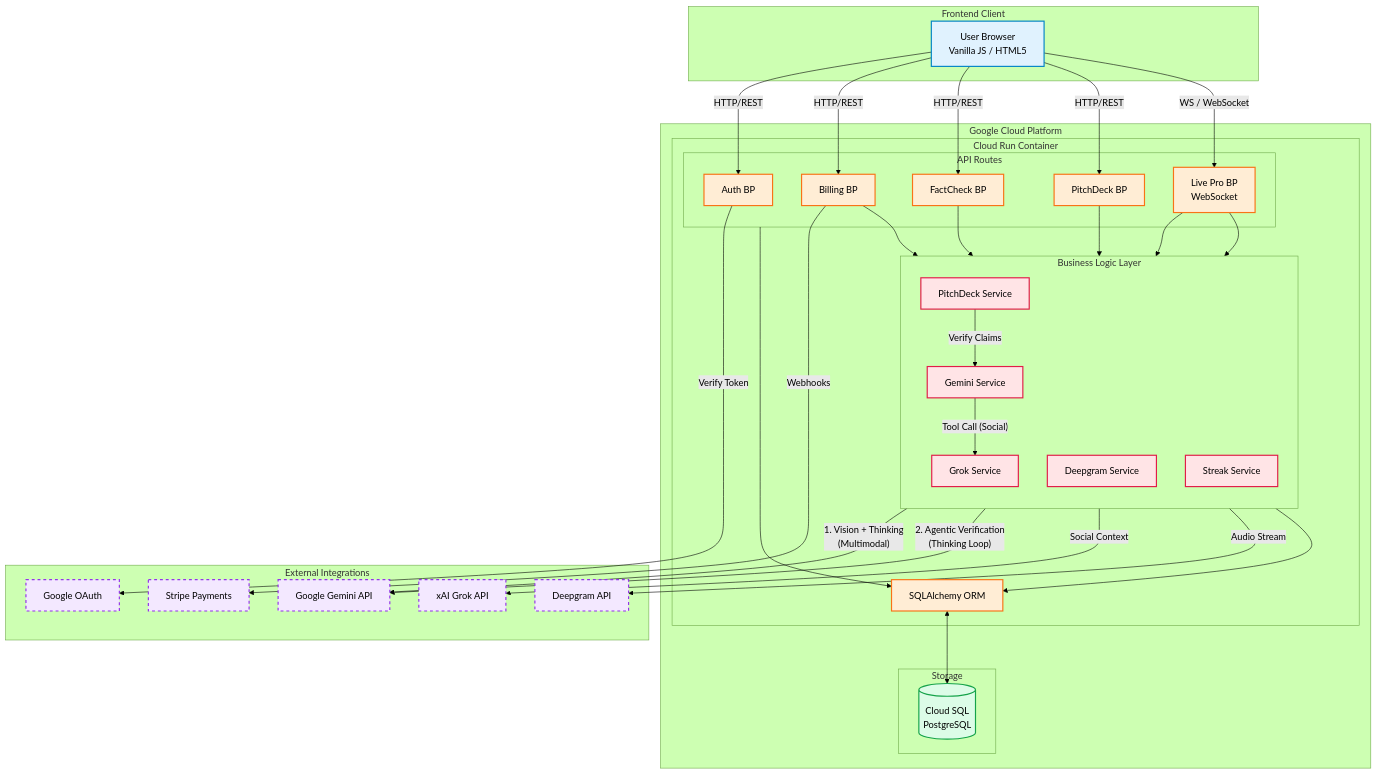
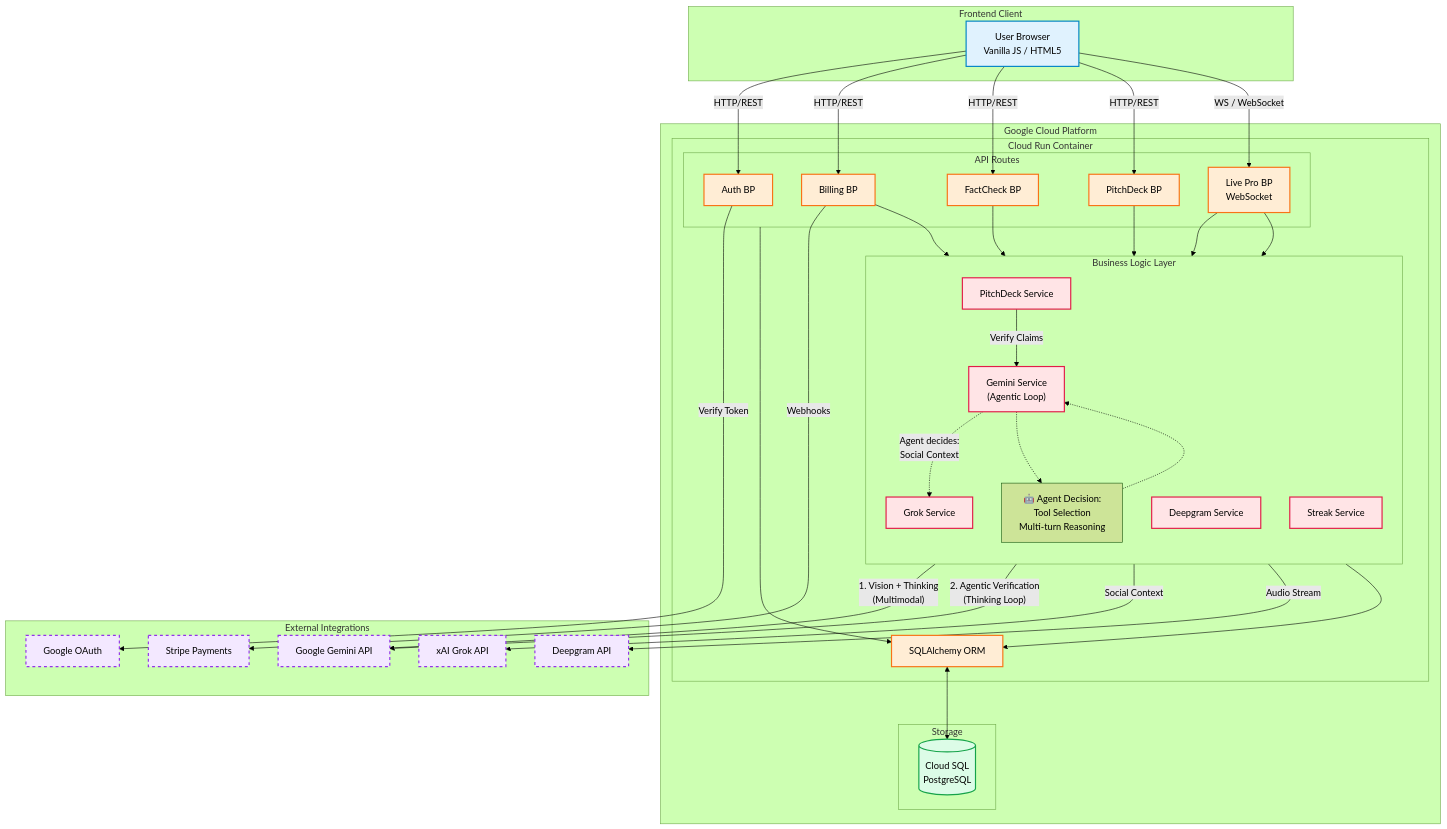
The diagram in README.md (defluff/satoricheck), drawn with Mermaid (forest theme) before and after one commit. The commit also changed other lines of this file, not shown here.

Commit message:
updated mermaid dia for clarity

```diff
--- a/README.md
+++ b/README.md
@@ -77,8 +77,11 @@
         GrokSvc["Grok Service"]
         DeepgramSvc["Deepgram Service"]
         PitchSvc["PitchDeck Service"]
-        GeminiSvc["Gemini Service"]
+        GeminiSvc["Gemini Service<br/>(Agentic Loop)"]
+        AgentLoop["🤖 Agent Decision:<br/>Tool Selection<br/>Multi-turn Reasoning"]
         StreakSvc["Streak Service"]
+        GeminiSvc -.-> AgentLoop
+        AgentLoop -.-> GeminiSvc
   end
  subgraph CloudRun["Cloud Run Container"]
         API
@@ -106,7 +109,7 @@
     LiveBP --> DeepgramSvc & GeminiSvc
     BillingBP --> StreakSvc
     PitchSvc -- Verify Claims --> GeminiSvc
-    GeminiSvc -- Tool Call (Social) --> GrokSvc
+    GeminiSvc -. "Agent decides:<br/>Social Context" .-> GrokSvc
     AuthBP -- Verify Token --> OAuth
     BillingBP -- Webhooks --> StripeAPI
     PitchSvc -- "1. Vision + Thinking<br>(Multimodal)" --> GeminiAPI
```
